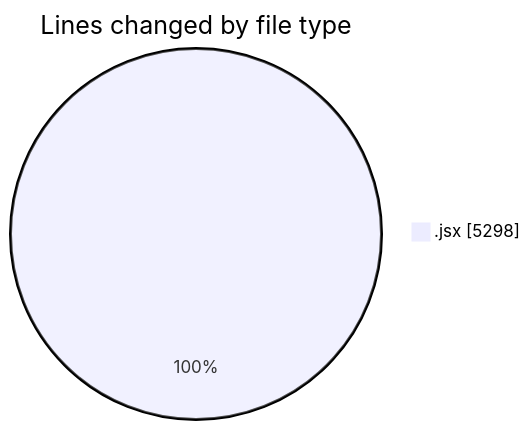
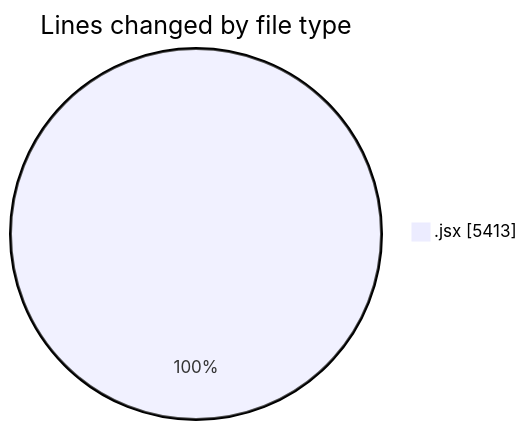
Before and after one commit to nxtqubesakshisongat/code-tracking: the first of 2 diagrams in 2025-07-08/argos/README.md, drawn with Mermaid. The commit also changed other lines of this file and 1 other file, not shown here.

````diff
--- a/2025-07-08/argos/README.md
+++ b/2025-07-08/argos/README.md
@@ -26,5 +26,5 @@
 ```mermaid
 pie showData
 title Lines changed by file type
-".jsx" : 5298
+".jsx" : 5413
 ```
````
